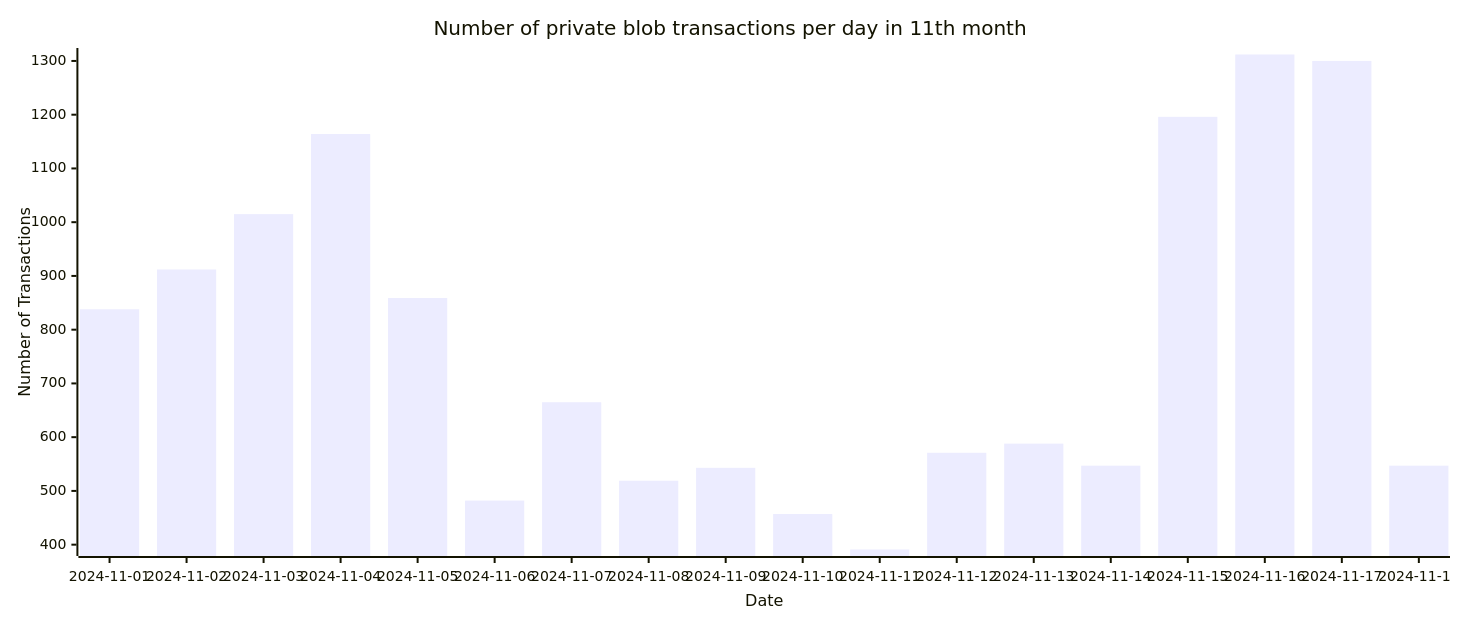
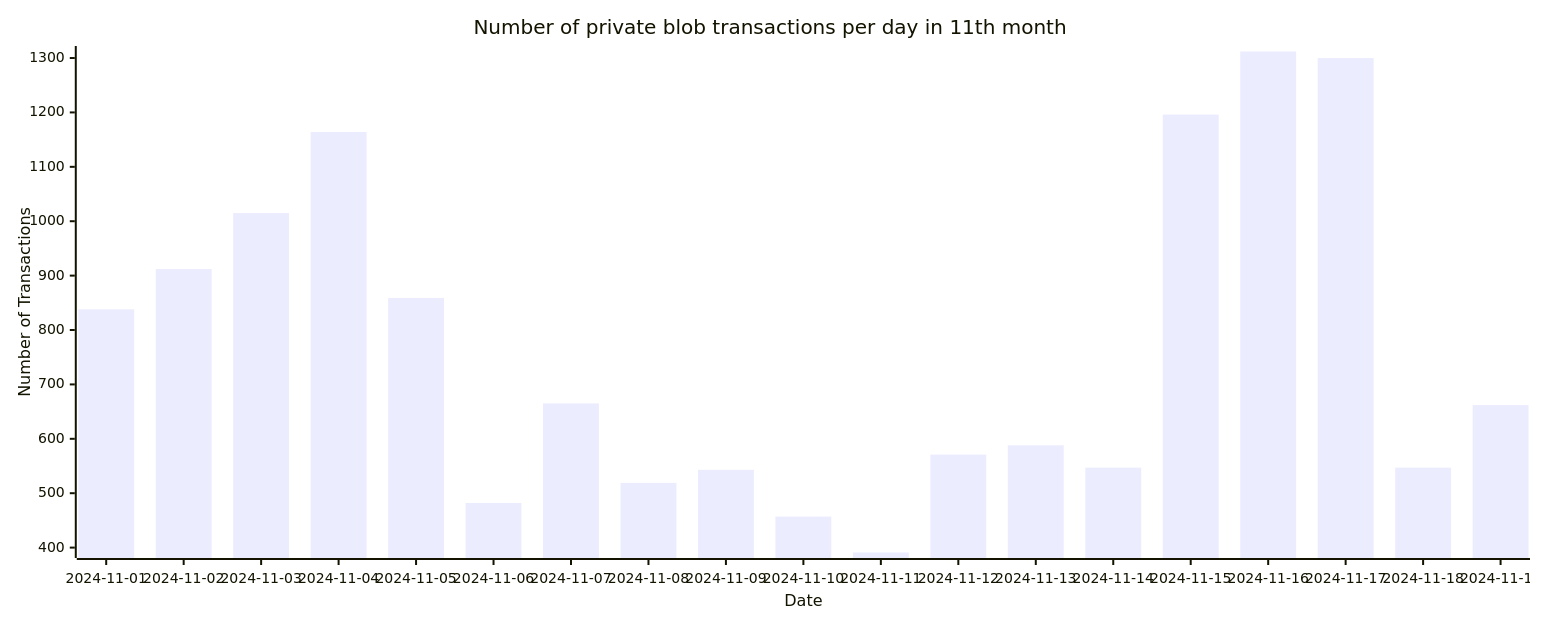
Before and after one commit to Amit0617/eip4844-data: the ninth of 9 diagrams in README.md, drawn with Mermaid. The commit also changed 1 other file, not shown here.

````diff
--- a/README.md
+++ b/README.md
@@ -105,12 +105,12 @@
 ```mermaid
 ---
 config:
     xyChart:
-        width: 1440
+        width: 1520
         height: 600
 ---
 xychart-beta title "Number of private blob transactions per day in 11th month"
-x-axis "Date" [2024-11-01,2024-11-02,2024-11-03,2024-11-04,2024-11-05,2024-11-06,2024-11-07,2024-11-08,2024-11-09,2024-11-10,2024-11-11,2024-11-12,2024-11-13,2024-11-14,2024-11-15,2024-11-16,2024-11-17,2024-11-18]
+x-axis "Date" [2024-11-01,2024-11-02,2024-11-03,2024-11-04,2024-11-05,2024-11-06,2024-11-07,2024-11-08,2024-11-09,2024-11-10,2024-11-11,2024-11-12,2024-11-13,2024-11-14,2024-11-15,2024-11-16,2024-11-17,2024-11-18,2024-11-19]
 y-axis "Number of Transactions"
-bar[838,912,1015,1164,859,482,665,519,543,457,391,571,588,547,1196,1312,1300,547]
+bar[838,912,1015,1164,859,482,665,519,543,457,391,571,588,547,1196,1312,1300,547,662]
 ```
````
